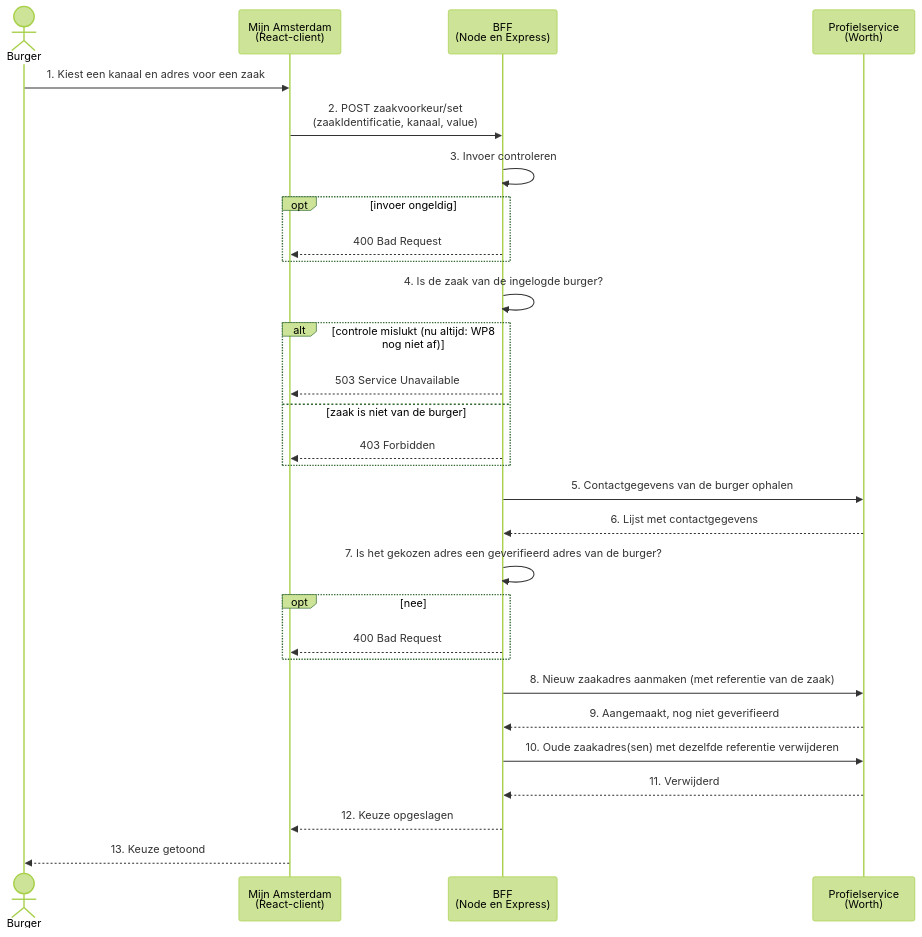
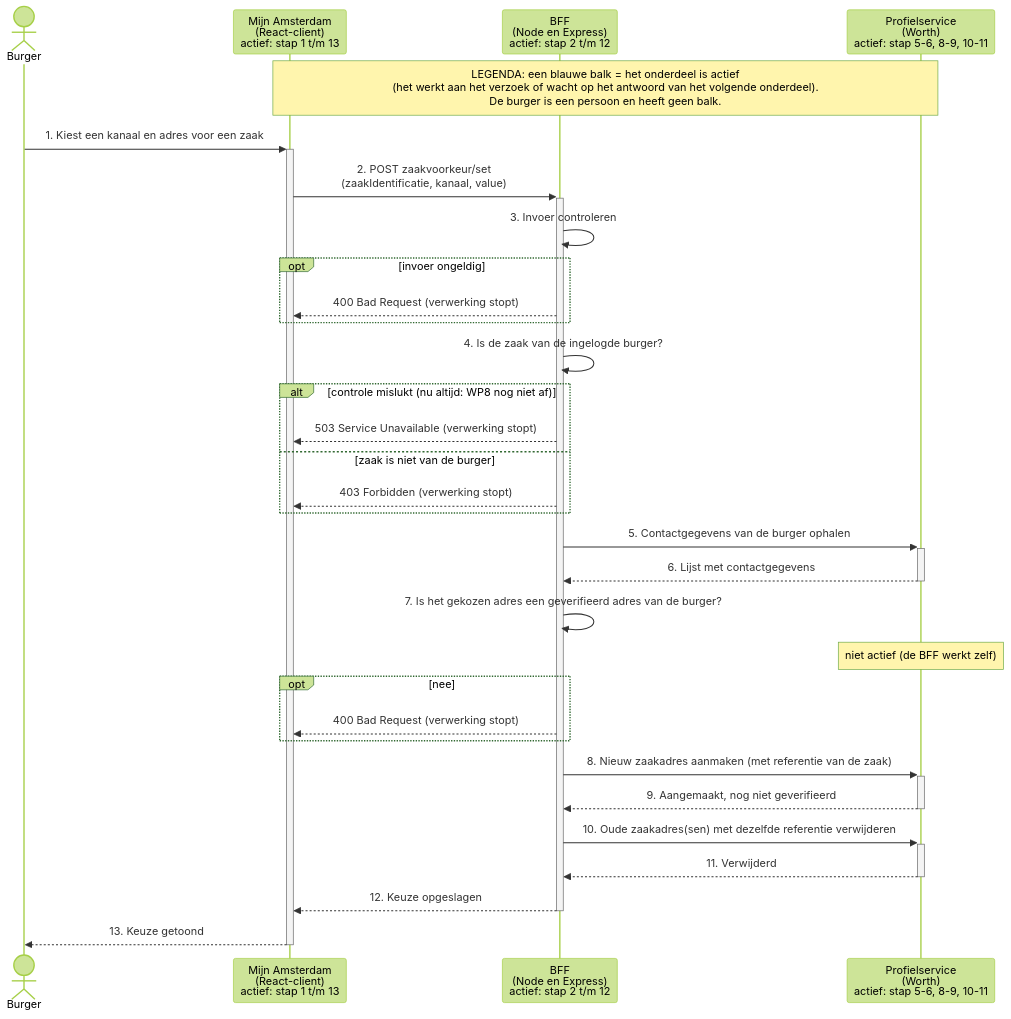
The diagram in HvA-Profiel-Service/diagrammen/sequence-diagram.mmd (RowieK/mijn-amsterdam-frontend), drawn with Mermaid (forest theme) before and after one commit. The commit also changed 2 other files, not shown here.

Commit message:
Sequence diagram: activatiebalken, legenda en toelichting per onderdeel Activatiebalken toegevoegd: client stap 1-13, BFF stap 2-12, profielservice stap 5-6, 8-9 en 10-11 Legenda en "actief: stap ..." in de kopblokken, hoger contrast toelichting.md: sectie "Onderdelen en wanneer ze actief zijn" met tabel per onderdeel sequencediagram.mmd en .png opnieuw gegenereerd

```diff
--- a/HvA-Profiel-Service/diagrammen/sequence-diagram.mmd
+++ b/HvA-Profiel-Service/diagrammen/sequence-diagram.mmd
@@ -1,30 +1,33 @@
 sequenceDiagram
     actor Burger
-    participant Client as Mijn Amsterdam<br/>(React-client)
-    participant BFF as BFF<br/>(Node en Express)
-    participant Profiel as Profielservice<br/>(Worth)
+    participant Client as Mijn Amsterdam<br/>(React-client)<br/>actief: stap 1 t/m 13
+    participant BFF as BFF<br/>(Node en Express)<br/>actief: stap 2 t/m 12
+    participant Profiel as Profielservice<br/>(Worth)<br/>actief: stap 5-6, 8-9, 10-11
 
-    Burger->>Client: 1. Kiest een kanaal en adres voor een zaak
-    Client->>BFF: 2. POST zaakvoorkeur/set<br/>(zaakIdentificatie, kanaal, value)
+    Note over Client,Profiel: LEGENDA: een blauwe balk = het onderdeel is actief<br/>(het werkt aan het verzoek of wacht op het antwoord van het volgende onderdeel).<br/>De burger is een persoon en heeft geen balk.
+
+    Burger->>+Client: 1. Kiest een kanaal en adres voor een zaak
+    Client->>+BFF: 2. POST zaakvoorkeur/set<br/>(zaakIdentificatie, kanaal, value)
     BFF->>BFF: 3. Invoer controleren
     opt invoer ongeldig
-        BFF-->>Client: 400 Bad Request
+        BFF-->>Client: 400 Bad Request (verwerking stopt)
     end
     BFF->>BFF: 4. Is de zaak van de ingelogde burger?
     alt controle mislukt (nu altijd: WP8 nog niet af)
-        BFF-->>Client: 503 Service Unavailable
+        BFF-->>Client: 503 Service Unavailable (verwerking stopt)
     else zaak is niet van de burger
-        BFF-->>Client: 403 Forbidden
+        BFF-->>Client: 403 Forbidden (verwerking stopt)
     end
-    BFF->>Profiel: 5. Contactgegevens van de burger ophalen
-    Profiel-->>BFF: 6. Lijst met contactgegevens
+    BFF->>+Profiel: 5. Contactgegevens van de burger ophalen
+    Profiel-->>-BFF: 6. Lijst met contactgegevens
     BFF->>BFF: 7. Is het gekozen adres een geverifieerd adres van de burger?
+    Note over Profiel: niet actief (de BFF werkt zelf)
     opt nee
-        BFF-->>Client: 400 Bad Request
+        BFF-->>Client: 400 Bad Request (verwerking stopt)
     end
-    BFF->>Profiel: 8. Nieuw zaakadres aanmaken (met referentie van de zaak)
-    Profiel-->>BFF: 9. Aangemaakt, nog niet geverifieerd
-    BFF->>Profiel: 10. Oude zaakadres(sen) met dezelfde referentie verwijderen
-    Profiel-->>BFF: 11. Verwijderd
-    BFF-->>Client: 12. Keuze opgeslagen
-    Client-->>Burger: 13. Keuze getoond
+    BFF->>+Profiel: 8. Nieuw zaakadres aanmaken (met referentie van de zaak)
+    Profiel-->>-BFF: 9. Aangemaakt, nog niet geverifieerd
+    BFF->>+Profiel: 10. Oude zaakadres(sen) met dezelfde referentie verwijderen
+    Profiel-->>-BFF: 11. Verwijderd
+    BFF-->>-Client: 12. Keuze opgeslagen
+    Client-->>-Burger: 13. Keuze getoond
```
